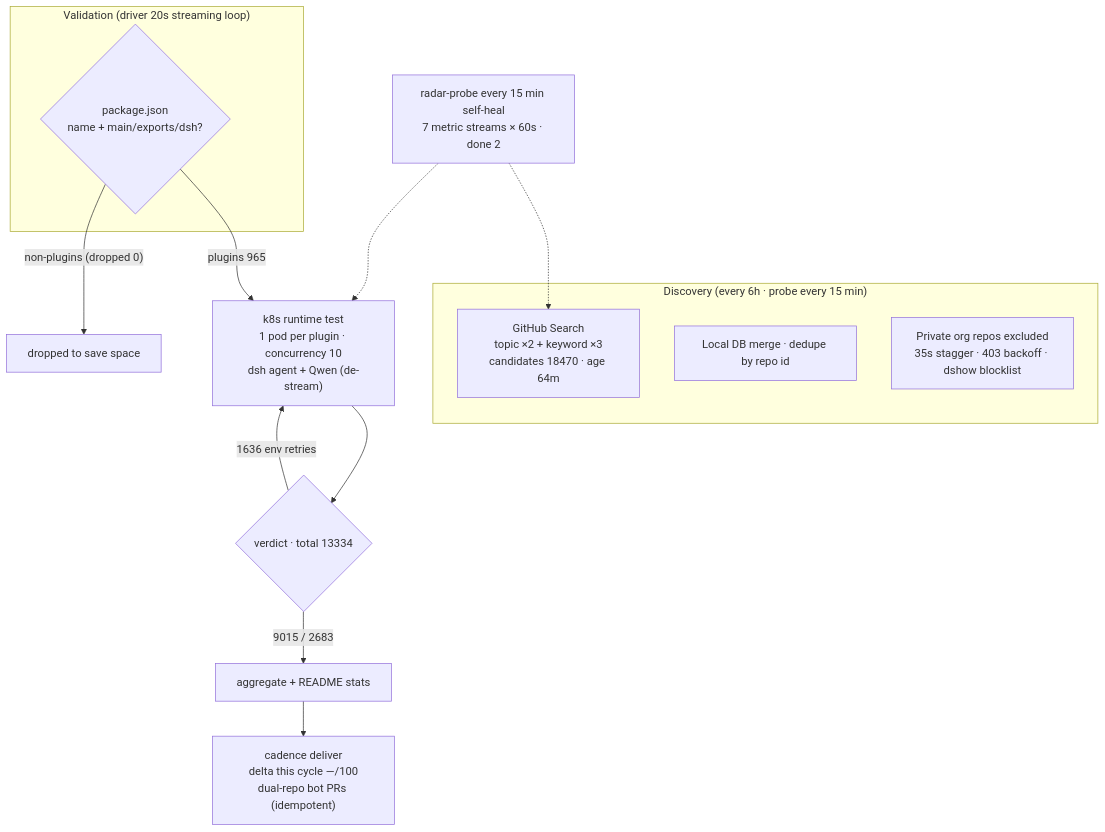
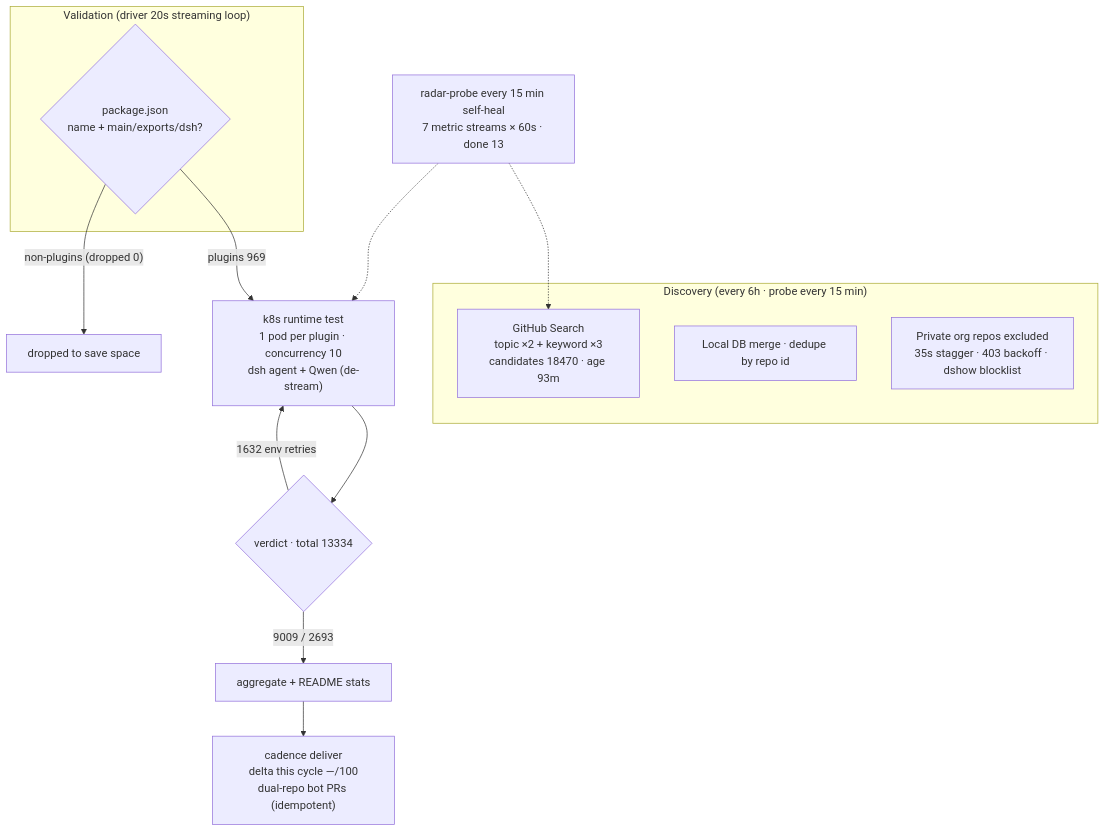
The diagram in README.en-US.md (AdamPlatin123/awesome-dsh-plugins), drawn with Mermaid before and after one commit. The commit also changed other lines of this file and 11 other files, not shown here.

````diff
--- a/README.en-US.md
+++ b/README.en-US.md
@@ -45,20 +45,20 @@
 ```mermaid
 flowchart TB
     subgraph Discovery["Discovery (every 6h · probe every 15 min)"]
-        A1["GitHub Search<br/>topic ×2 + keyword ×3<br/>candidates 18470 · age 64m"]
+        A1["GitHub Search<br/>topic ×2 + keyword ×3<br/>candidates 18470 · age 93m"]
         A2["Local DB merge · dedupe by repo id"]
         A3["Private org repos excluded<br/>35s stagger · 403 backoff · dshow blocklist"]
     end
     subgraph Validation["Validation (driver 20s streaming loop)"]
         B1{"package.json<br/>name + main/exports/dsh?"}
     end
-    B1 -->|"plugins 965"| C1["k8s runtime test<br/>1 pod per plugin · concurrency 10<br/>dsh agent + Qwen (de-stream)"]
+    B1 -->|"plugins 969"| C1["k8s runtime test<br/>1 pod per plugin · concurrency 10<br/>dsh agent + Qwen (de-stream)"]
     B1 -->|"non-plugins (dropped 0)"| B3["dropped to save space"]
     C1 --> D1{"verdict · total 13334"}
-    D1 -->|"9015 / 2683"| E1["aggregate + README stats"]
-    D1 -->|"1636 env retries"| C1
+    D1 -->|"9009 / 2693"| E1["aggregate + README stats"]
+    D1 -->|"1632 env retries"| C1
     E1 --> E2["cadence deliver<br/>delta this cycle —/100<br/>dual-repo bot PRs (idempotent)"]
-    M["radar-probe every 15 min self-heal<br/>7 metric streams × 60s · done 2"]
+    M["radar-probe every 15 min self-heal<br/>7 metric streams × 60s · done 13"]
     M -.-> A1
     M -.-> C1
 ```
````
